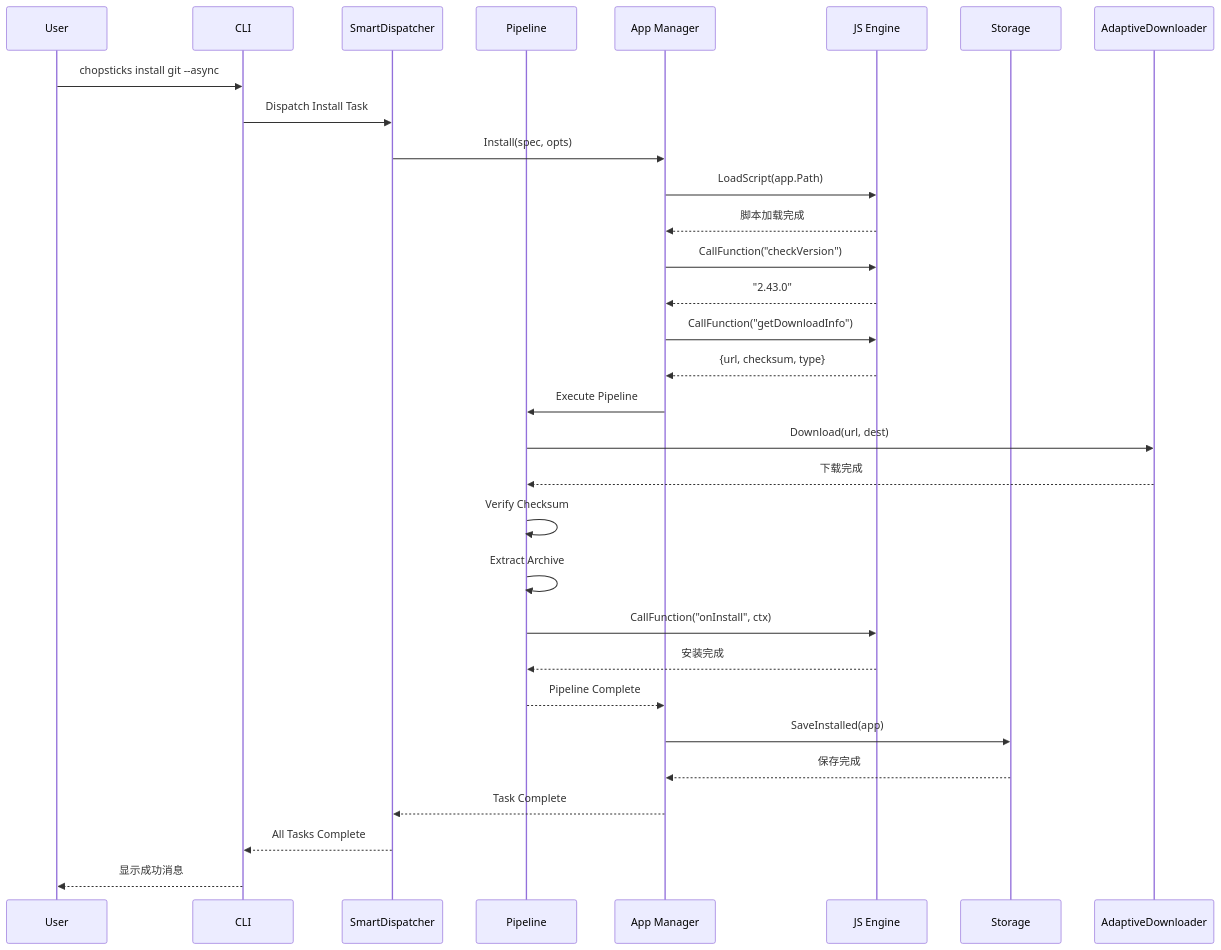
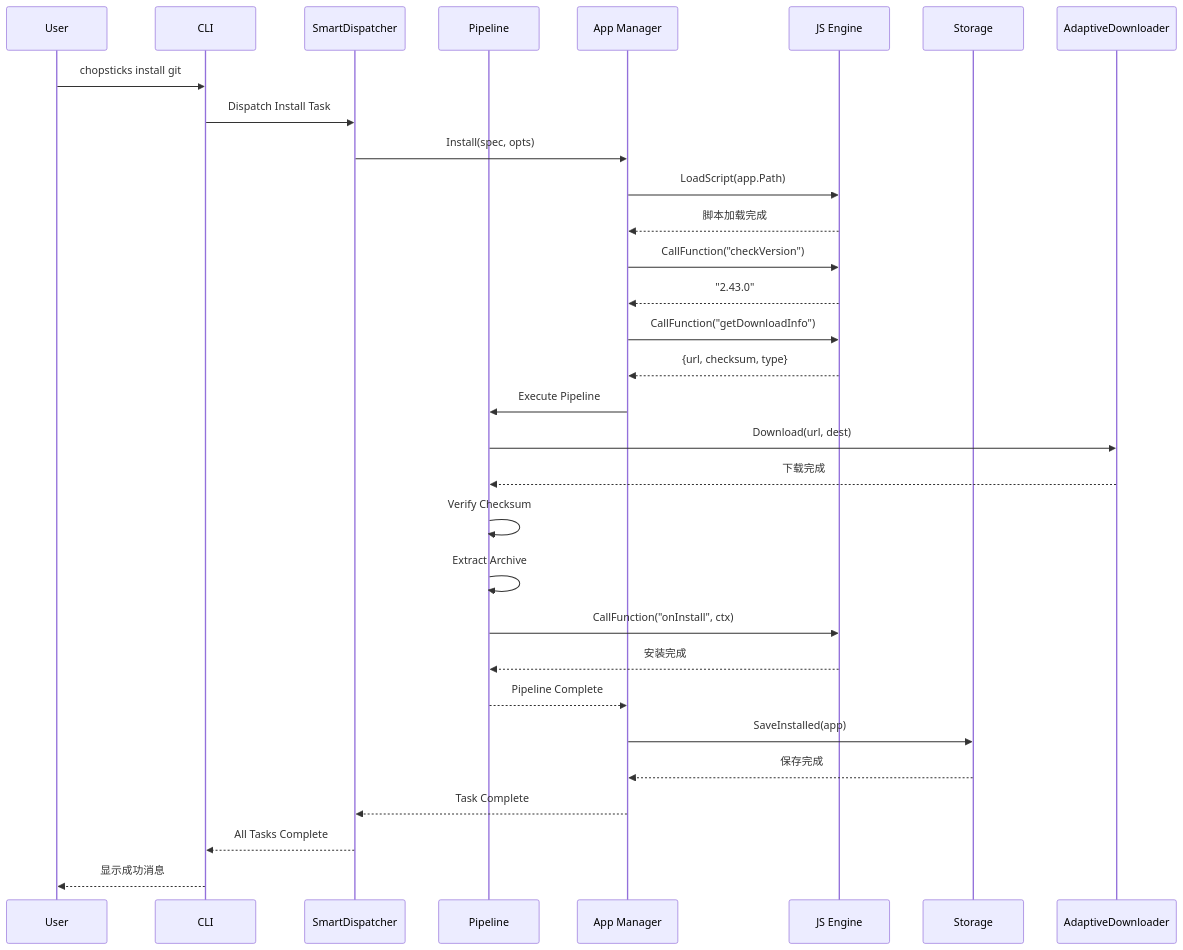
One commit to morning-start/chopsticks changed the fourth of 5 diagrams in wiki/ARCHITECTURE.md. Above: the diagram before and after it, drawn with Mermaid. The commit also changed other lines of this file and 11 other files, not shown here.

````diff
--- a/wiki/ARCHITECTURE.md
+++ b/wiki/ARCHITECTURE.md
@@ -748,43 +744,43 @@
 ```mermaid
 sequenceDiagram
     participant User
     participant CLI
     participant Dispatcher as SmartDispatcher
     participant Pipeline as Pipeline
     participant AppMgr as App Manager
     participant Engine as JS Engine
     participant Store as Storage
     participant Downloader as AdaptiveDownloader
 
-    User->>CLI: chopsticks install git --async
+    User->>CLI: chopsticks install git
     CLI->>Dispatcher: Dispatch Install Task
     Dispatcher->>AppMgr: Install(spec, opts)
 
     AppMgr->>Engine: LoadScript(app.Path)
     Engine-->>AppMgr: 脚本加载完成
 
     AppMgr->>Engine: CallFunction("checkVersion")
     Engine-->>AppMgr: "2.43.0"
 
     AppMgr->>Engine: CallFunction("getDownloadInfo")
     Engine-->>AppMgr: {url, checksum, type}
 
     AppMgr->>Pipeline: Execute Pipeline
 
     Pipeline->>Downloader: Download(url, dest)
     Downloader-->>Pipeline: 下载完成
 
     Pipeline->>Pipeline: Verify Checksum
     Pipeline->>Pipeline: Extract Archive
 
     Pipeline->>Engine: CallFunction("onInstall", ctx)
     Engine-->>Pipeline: 安装完成
 
     Pipeline-->>AppMgr: Pipeline Complete
     AppMgr->>Store: SaveInstalled(app)
     Store-->>AppMgr: 保存完成
 
     AppMgr-->>Dispatcher: Task Complete
     Dispatcher-->>CLI: All Tasks Complete
     CLI-->>User: 显示成功消息
 ```
````
